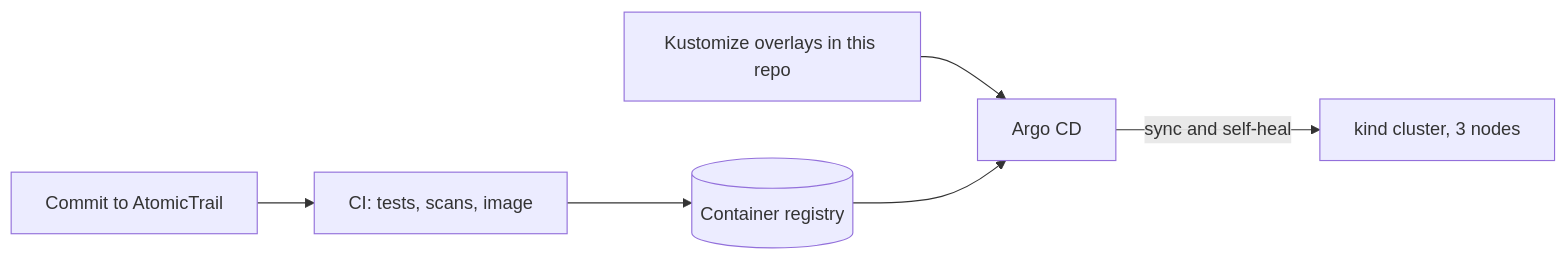
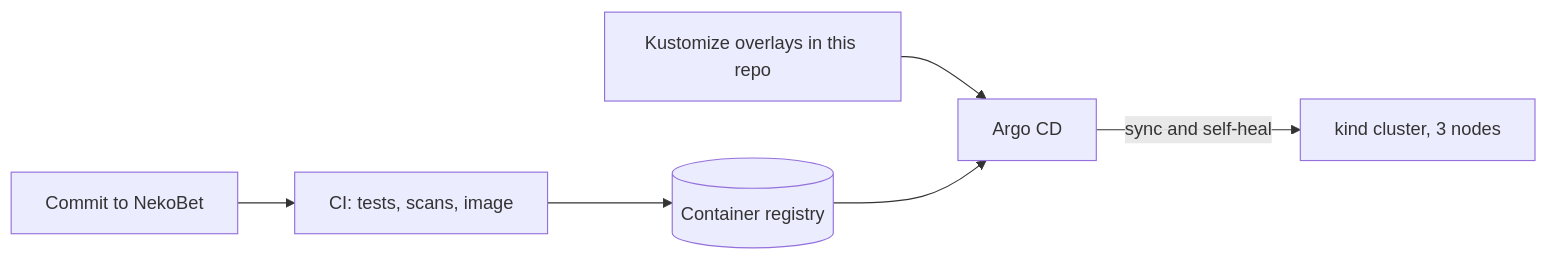
Before and after one commit to vzuliani97/opscircuit: the first of 2 diagrams in README.md, drawn with Mermaid. The commit also changed other lines of this file and 1 other file, not shown here.

Commit message:
docs: AtomicTrail is now NekoBet; the cluster builds from ../nekobet

````diff
--- a/README.md
+++ b/README.md
@@ -31,8 +31,8 @@
 ```mermaid
 flowchart LR
-  C[Commit to AtomicTrail] --> CI[CI: tests, scans, image]
+  C[Commit to NekoBet] --> CI[CI: tests, scans, image]
   CI --> R[(Container registry)]
   G[Kustomize overlays in this repo] --> A[Argo CD]
   R --> A
   A -->|sync and self-heal| K[kind cluster, 3 nodes]
 ```
````
